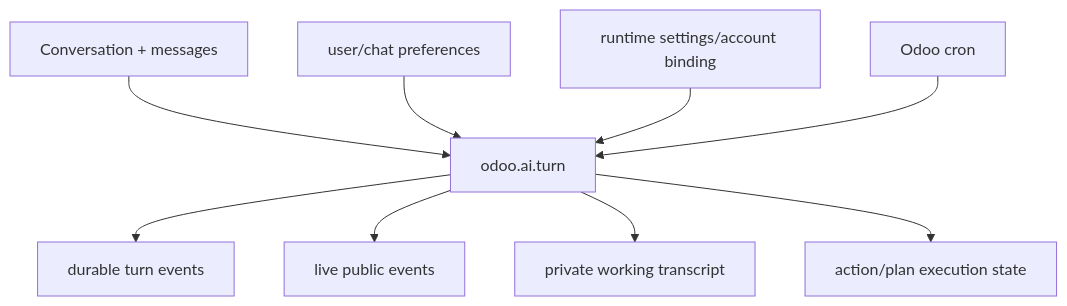
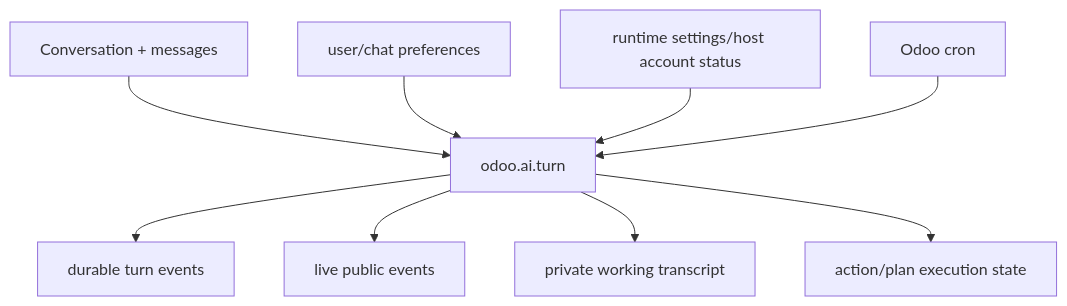
Before and after one commit to CPX-001/ai-odoo-assistant: the diagram in addons/odoo_ai_assistant/models/README.md, drawn with Mermaid. The commit also changed other lines of this file and 43 other files, not shown here.

````diff
--- a/addons/odoo_ai_assistant/models/README.md
+++ b/addons/odoo_ai_assistant/models/README.md
@@ -5,11 +5,11 @@
 ```mermaid
 flowchart TB
     CONV[Conversation + messages] --> TURN[odoo.ai.turn]
     TURN --> EVENT[durable turn events]
     TURN --> LIVE[live public events]
     TURN --> WORK[private working transcript]
     TURN --> EFFECT[action/plan execution state]
     PREF[user/chat preferences] --> TURN
-    SETTINGS[runtime settings/account binding] --> TURN
+    SETTINGS[runtime settings/host account status] --> TURN
     CRON[Odoo cron] --> TURN
 ```
````
